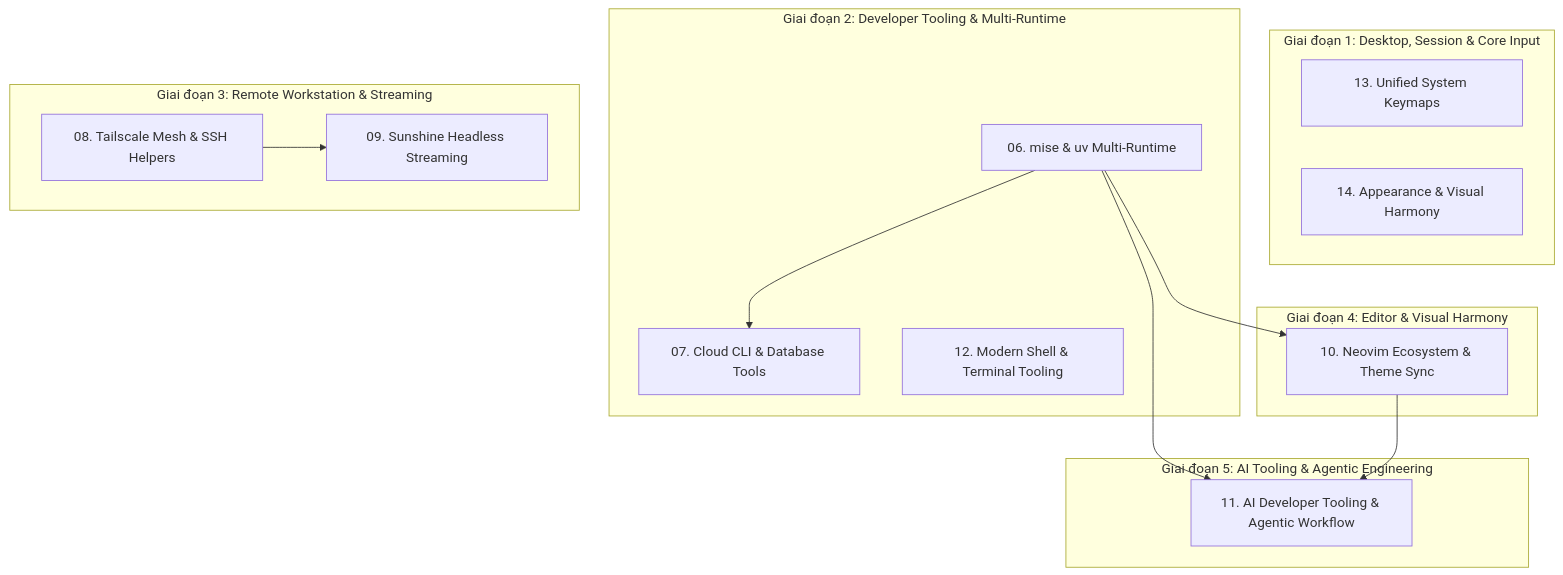
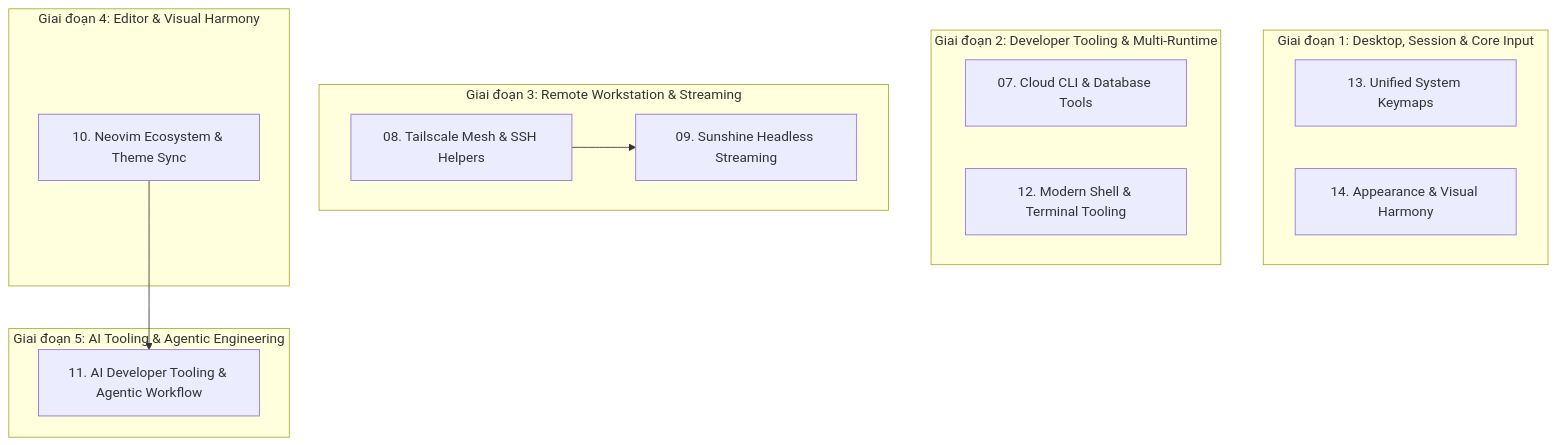
The diagram in plans/README.md (Aethries/dotfiles), drawn with Mermaid before and after one commit. The commit also changed other lines of this file and 1 other file, not shown here.

Commit message:
chore: remove completed plan 06 and update action plan catalog

````diff
--- a/plans/README.md
+++ b/plans/README.md
@@ -9,27 +9,25 @@
 ```mermaid
 flowchart TD
     subgraph G1["Giai đoạn 1: Desktop, Session & Core Input"]
         P13["13. Unified System Keymaps"]
         P14["14. Appearance & Visual Harmony"]
     end
 
     subgraph G2["Giai đoạn 2: Developer Tooling & Multi-Runtime"]
-        P06["06. mise & uv Multi-Runtime"]
-        P06 --> P07["07. Cloud CLI & Database Tools"]
+        P07["07. Cloud CLI & Database Tools"]
         P12["12. Modern Shell & Terminal Tooling"]
     end
 
     subgraph G3["Giai đoạn 3: Remote Workstation & Streaming"]
         P08["08. Tailscale Mesh & SSH Helpers"]
         P08 --> P09["09. Sunshine Headless Streaming"]
     end
 
     subgraph G4["Giai đoạn 4: Editor & Visual Harmony"]
-        P06 --> P10["10. Neovim Ecosystem & Theme Sync"]
+        P10["10. Neovim Ecosystem & Theme Sync"]
     end
 
     subgraph G5["Giai đoạn 5: AI Tooling & Agentic Engineering"]
-        P06 --> P11["11. AI Developer Tooling & Agentic Workflow"]
-        P10 --> P11
+        P10 --> P11["11. AI Developer Tooling & Agentic Workflow"]
     end
 ```
````
